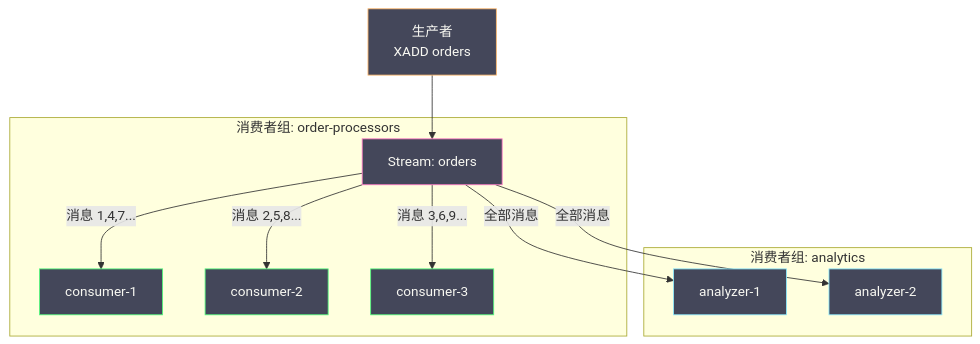
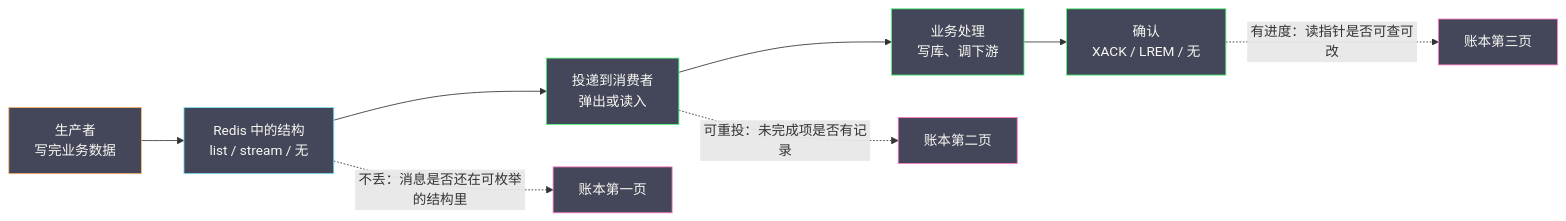
Before and after one commit to hpliStartAgain/my-brain: the first of 5 diagrams in content/中间件/Redis/Redis进阶教程/07 Redis 消息队列——从 PubSub 到 Stream.md, drawn with Mermaid. The commit also changed other lines of this file and 455 other files, not shown here.

````diff
--- a/content/中间件/Redis/Redis进阶教程/07 Redis 消息队列——从 PubSub 到 Stream.md
+++ b/content/中间件/Redis/Redis进阶教程/07 Redis 消息队列——从 PubSub 到 Stream.md
@@ -276,26 +47,22 @@
 ```mermaid
 %%{init: {'theme': 'dracula'}}%%
-graph TD
-    P["生产者</br>XADD orders"] --> S["Stream: orders"]
+flowchart LR
+    P["生产者<br/>写完业务数据"] --> S["Redis 中的结构<br/>list / stream / 无"]
+    S --> D["投递到消费者<br/>弹出或读入"]
+    D --> B["业务处理<br/>写库、调下游"]
+    B --> A["确认<br/>XACK / LREM / 无"]
 
-    subgraph "消费者组: order-processors"
-        S -->|"消息 1,4,7..."| C1["consumer-1"]
-        S -->|"消息 2,5,8..."| C2["consumer-2"]
-        S -->|"消息 3,6,9..."| C3["consumer-3"]
-    end
+    S -.->|"不丢：消息是否还在可枚举的结构里"| R1["账本第一页"]
+    D -.->|"可重投：未完成项是否有记录"| R2["账本第二页"]
+    A -.->|"有进度：读指针是否可查可改"| R3["账本第三页"]
 
-    subgraph "消费者组: analytics"
-        S -->|"全部消息"| A1["analyzer-1"]
-        S -->|"全部消息"| A2["analyzer-2"]
-    end
+    classDef prod fill:#44475a,stroke:#ffb86c,color:#f8f8f2
+    classDef store fill:#44475a,stroke:#8be9fd,color:#f8f8f2
+    classDef cons fill:#44475a,stroke:#50fa7b,color:#f8f8f2
+    classDef ledger fill:#44475a,stroke:#ff79c6,color:#f8f8f2
 
-    classDef producer fill:#44475a,stroke:#ffb86c,color:#f8f8f2
-    classDef stream fill:#44475a,stroke:#ff79c6,color:#f8f8f2
-    classDef consumer fill:#44475a,stroke:#50fa7b,color:#f8f8f2
-    classDef analyzer fill:#44475a,stroke:#8be9fd,color:#f8f8f2
-
-    class P producer
-    class S stream
-    class C1,C2,C3 consumer
-    class A1,A2 analyzer
+    class P prod
+    class S store
+    class D,B,A cons
+    class R1,R2,R3 ledger
 ```
````
